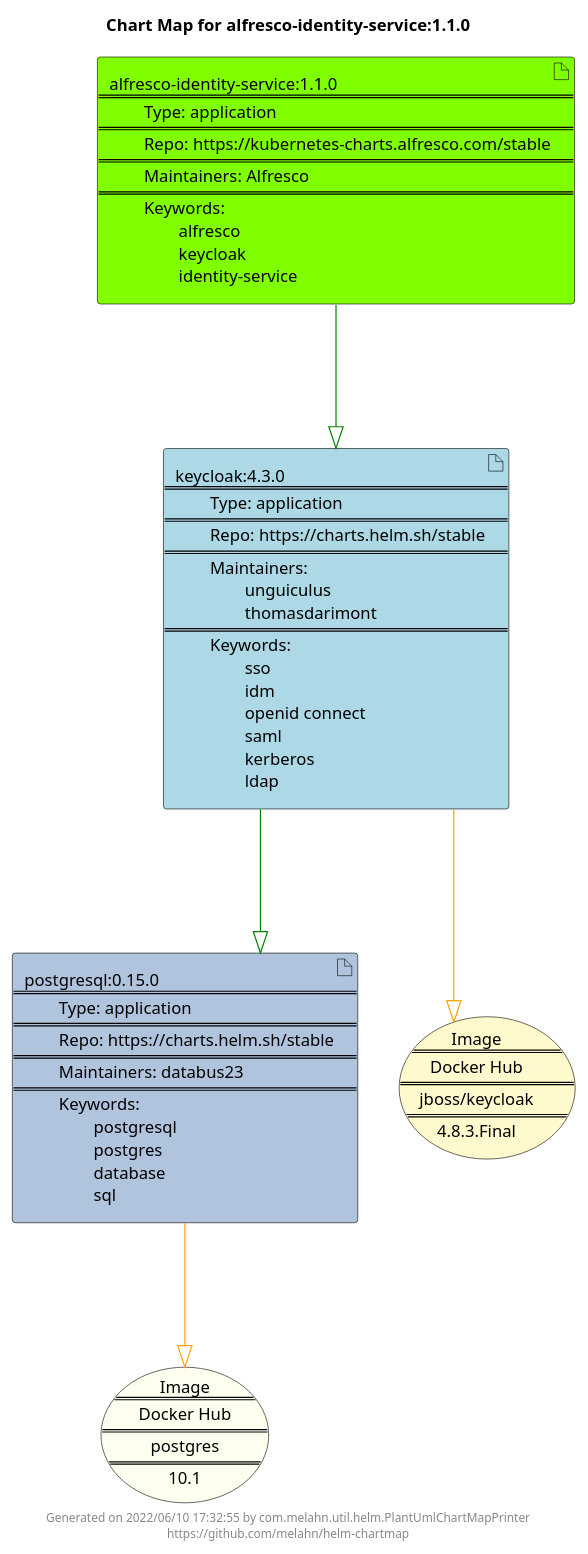
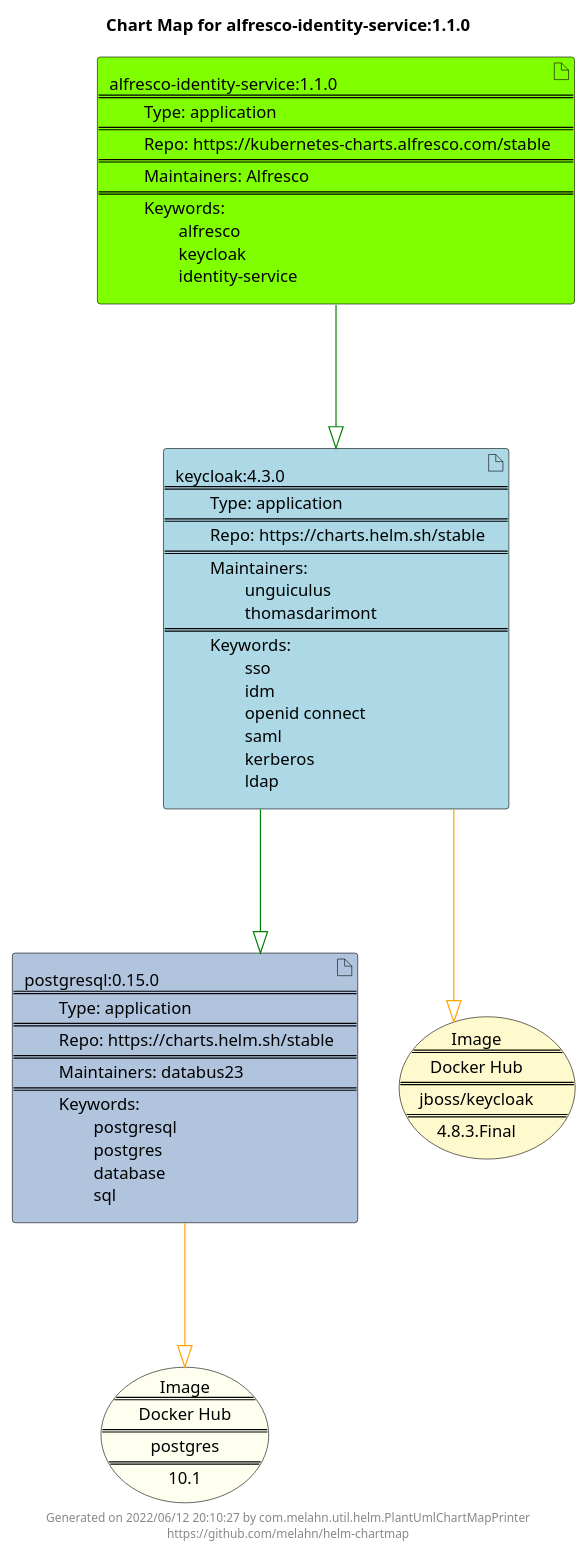
One commit to melahn/helm-chartmap changed the diagram in docs/alfresco-identity-service/alfresco-identity-service-1.1.0.puml. Above: the diagram before and after it, drawn with PlantUML. The commit also changed 59 other files, not shown here.

Commit message:
Update Example Chart Maps as part of GitHub build

```diff
--- a/docs/alfresco-identity-service/alfresco-identity-service-1.1.0.puml
+++ b/docs/alfresco-identity-service/alfresco-identity-service-1.1.0.puml
@@ -1,27 +1,27 @@
 @startuml
 skinparam linetype ortho
 skinparam backgroundColor white
 skinparam usecaseBorderColor black
 skinparam usecaseArrowColor LightSlateGray
 skinparam artifactBorderColor black
 skinparam artifactArrowColor LightSlateGray
 
 title Chart Map for alfresco-identity-service:1.1.0
 
 'There are 3 referenced Helm Charts
 artifact "postgresql:0.15.0\n====\n\tType: application\n====\n\tRepo: https://charts.helm.sh/stable\n====\n\tMaintainers: databus23\n====\n\tKeywords: \n\t\tpostgresql\n\t\tpostgres\n\t\tdatabase\n\t\tsql" as postgresql_0_15_0 #LightSteelBlue
 artifact "alfresco-identity-service:1.1.0\n====\n\tType: application\n====\n\tRepo: https://kubernetes-charts.alfresco.com/stable\n====\n\tMaintainers: Alfresco\n====\n\tKeywords: \n\t\talfresco\n\t\tkeycloak\n\t\tidentity-service" as alfresco_identity_service_1_1_0 #Chartreuse
 artifact "keycloak:4.3.0\n====\n\tType: application\n====\n\tRepo: https://charts.helm.sh/stable\n====\n\tMaintainers: \n\t\tunguiculus\n\t\tthomasdarimont\n====\n\tKeywords: \n\t\tsso\n\t\tidm\n\t\topenid connect\n\t\tsaml\n\t\tkerberos\n\t\tldap" as keycloak_4_3_0 #LightBlue
 
 'There are 2 referenced Docker Images
 usecase "Image\n====\nDocker Hub\n====\npostgres\n====\n10.1" as postgres_10_1 #Ivory
 usecase "Image\n====\nDocker Hub\n====\njboss/keycloak\n====\n4.8.3.Final" as jboss_keycloak_4_8_3_Final #LemonChiffon
 
 'Chart Dependencies
 alfresco_identity_service_1_1_0--[#green]-|>keycloak_4_3_0
 keycloak_4_3_0--[#green]-|>postgresql_0_15_0
 postgresql_0_15_0--[#orange]-|>postgres_10_1
 keycloak_4_3_0--[#orange]-|>jboss_keycloak_4_8_3_Final
 
-center footer Generated on 2022/06/10 17:32:55 by com.melahn.util.helm.PlantUmlChartMapPrinter\nhttps://github.com/melahn/helm-chartmap
+center footer Generated on 2022/06/12 20:10:27 by com.melahn.util.helm.PlantUmlChartMapPrinter\nhttps://github.com/melahn/helm-chartmap
 @enduml
```
